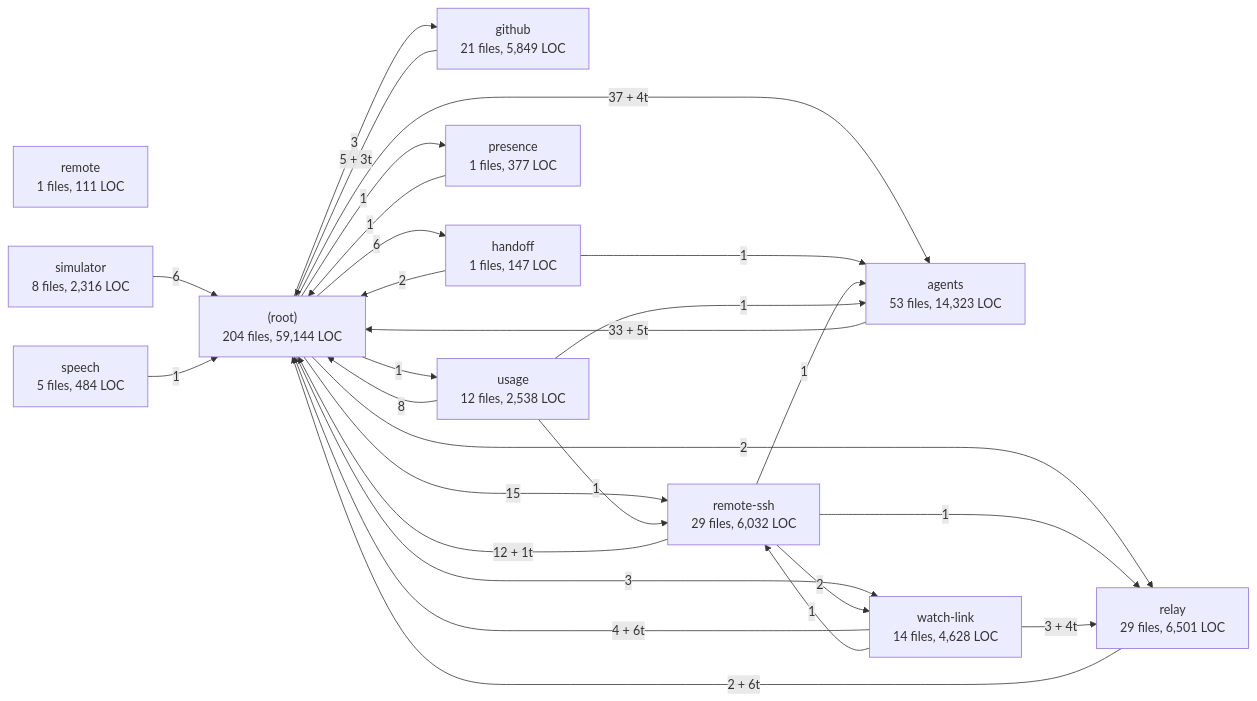
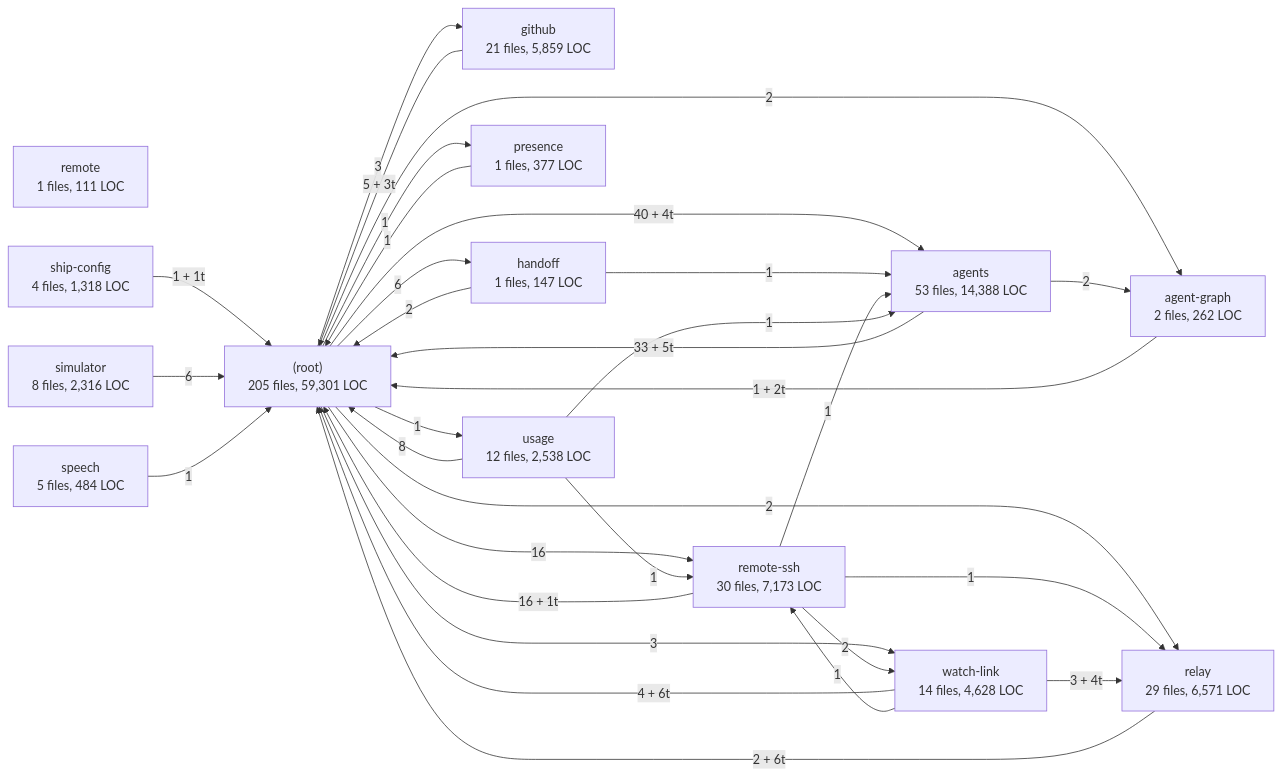
One commit to pollog09/DisTerm changed the second of 8 diagrams in docs/architecture/GRAPH.md. Above: the diagram before and after it, drawn with Mermaid. The commit also changed other lines of this file and 72 other files, not shown here.

````diff
--- a/docs/architecture/GRAPH.md
+++ b/docs/architecture/GRAPH.md
@@ -61,41 +61,47 @@
 ```mermaid
 flowchart LR
-  n_core__root_["(root)<br/>204 files, 59,144 LOC"]
-  n_core_agents["agents<br/>53 files, 14,323 LOC"]
-  n_core_github["github<br/>21 files, 5,849 LOC"]
+  n_core__root_["(root)<br/>205 files, 59,301 LOC"]
+  n_core_agent_graph["agent-graph<br/>2 files, 262 LOC"]
+  n_core_agents["agents<br/>53 files, 14,388 LOC"]
+  n_core_github["github<br/>21 files, 5,859 LOC"]
   n_core_handoff["handoff<br/>1 files, 147 LOC"]
   n_core_presence["presence<br/>1 files, 377 LOC"]
-  n_core_relay["relay<br/>29 files, 6,501 LOC"]
+  n_core_relay["relay<br/>29 files, 6,571 LOC"]
   n_core_remote["remote<br/>1 files, 111 LOC"]
-  n_core_remote_ssh["remote-ssh<br/>29 files, 6,032 LOC"]
+  n_core_remote_ssh["remote-ssh<br/>30 files, 7,173 LOC"]
+  n_core_ship_config["ship-config<br/>4 files, 1,318 LOC"]
   n_core_simulator["simulator<br/>8 files, 2,316 LOC"]
   n_core_speech["speech<br/>5 files, 484 LOC"]
   n_core_usage["usage<br/>12 files, 2,538 LOC"]
   n_core_watch_link["watch-link<br/>14 files, 4,628 LOC"]
-  n_core__root_ -->|"37 + 4t"| n_core_agents
+  n_core__root_ -->|"2"| n_core_agent_graph
+  n_core__root_ -->|"40 + 4t"| n_core_agents
   n_core__root_ -->|"3"| n_core_github
   n_core__root_ -->|"6"| n_core_handoff
   n_core__root_ -->|"1"| n_core_presence
   n_core__root_ -->|"2"| n_core_relay
-  n_core__root_ -->|"15"| n_core_remote_ssh
+  n_core__root_ -->|"16"| n_core_remote_ssh
   n_core__root_ -->|"1"| n_core_usage
   n_core__root_ -->|"3"| n_core_watch_link
+  n_core_agent_graph -->|"1 + 2t"| n_core__root_
   n_core_agents -->|"33 + 5t"| n_core__root_
+  n_core_agents -->|"2"| n_core_agent_graph
   n_core_github -->|"5 + 3t"| n_core__root_
   n_core_handoff -->|"2"| n_core__root_
   n_core_handoff -->|"1"| n_core_agents
   n_core_presence -->|"1"| n_core__root_
   n_core_relay -->|"2 + 6t"| n_core__root_
-  n_core_remote_ssh -->|"12 + 1t"| n_core__root_
+  n_core_remote_ssh -->|"16 + 1t"| n_core__root_
   n_core_remote_ssh -->|"1"| n_core_agents
   n_core_remote_ssh -->|"1"| n_core_relay
   n_core_remote_ssh -->|"2"| n_core_watch_link
+  n_core_ship_config -->|"1 + 1t"| n_core__root_
   n_core_simulator -->|"6"| n_core__root_
   n_core_speech -->|"1"| n_core__root_
   n_core_usage -->|"8"| n_core__root_
   n_core_usage -->|"1"| n_core_agents
   n_core_usage -->|"1"| n_core_remote_ssh
   n_core_watch_link -->|"4 + 6t"| n_core__root_
   n_core_watch_link -->|"3 + 4t"| n_core_relay
   n_core_watch_link -->|"1"| n_core_remote_ssh
 ```
````
